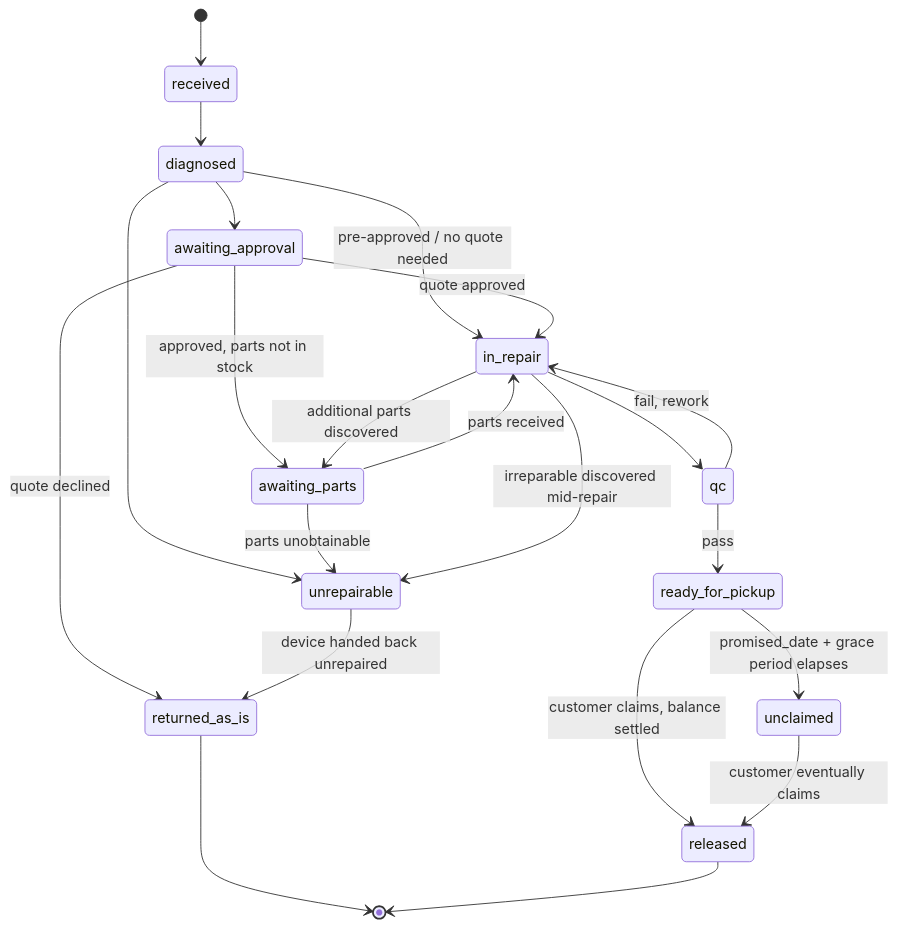
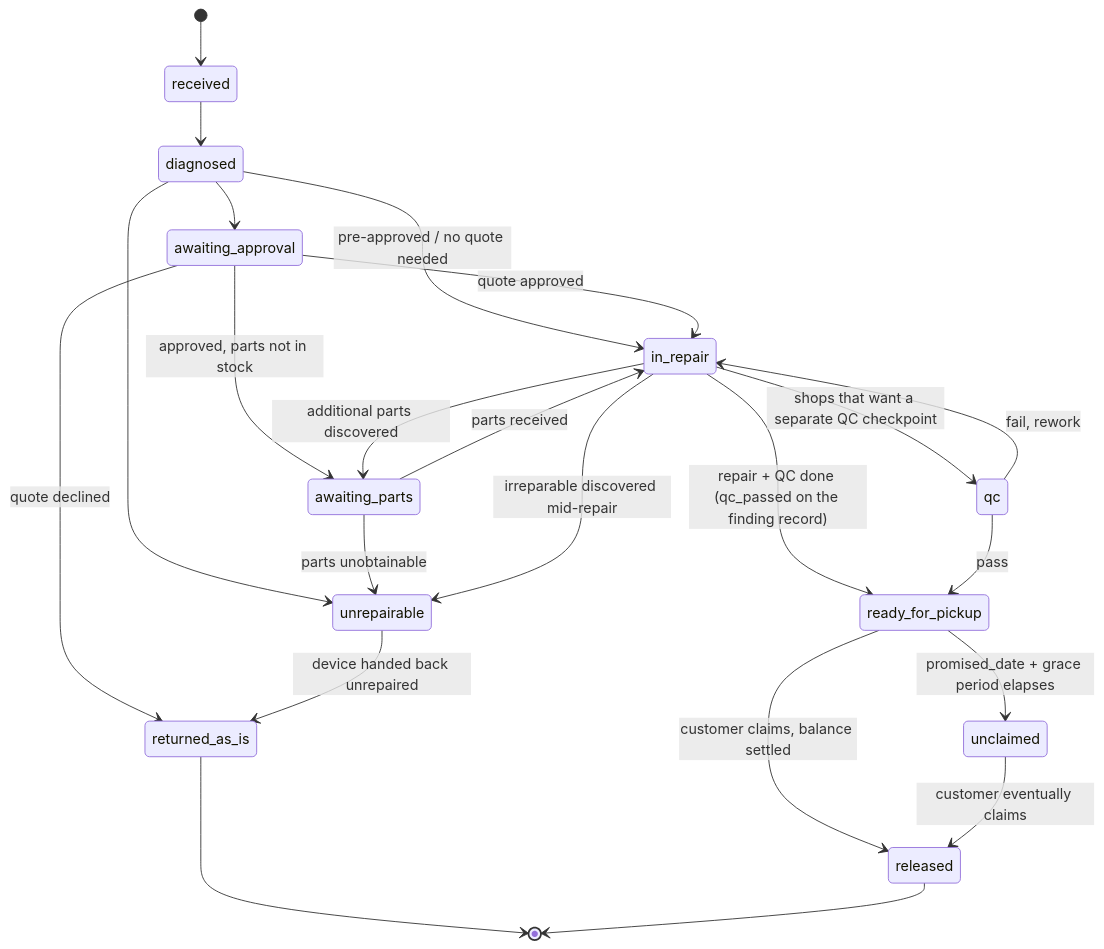
One commit to jehnsen/cellphone-repair-mgnt-backend changed the sixth of 6 diagrams in docs/design/01-domain-design.md. Above: the diagram before and after it, drawn with Mermaid. The commit also changed other lines of this file and 11 other files, not shown here.

````diff
--- a/docs/design/01-domain-design.md
+++ b/docs/design/01-domain-design.md
@@ -380,24 +380,25 @@
 ```mermaid
 stateDiagram-v2
     [*] --> received
     received --> diagnosed
     diagnosed --> awaiting_approval
     diagnosed --> in_repair : pre-approved / no quote needed
     diagnosed --> unrepairable
     awaiting_approval --> in_repair : quote approved
     awaiting_approval --> awaiting_parts : approved, parts not in stock
     awaiting_approval --> returned_as_is : quote declined
     awaiting_parts --> in_repair : parts received
     awaiting_parts --> unrepairable : parts unobtainable
-    in_repair --> qc
+    in_repair --> ready_for_pickup : repair + QC done (qc_passed on the finding record)
+    in_repair --> qc : shops that want a separate QC checkpoint
     in_repair --> awaiting_parts : additional parts discovered
     in_repair --> unrepairable : irreparable discovered mid-repair
     qc --> ready_for_pickup : pass
     qc --> in_repair : fail, rework
     ready_for_pickup --> released : customer claims, balance settled
     ready_for_pickup --> unclaimed : promised_date + grace period elapses
     unclaimed --> released : customer eventually claims
     unrepairable --> returned_as_is : device handed back unrepaired
     returned_as_is --> [*]
     released --> [*]
 ```
````
